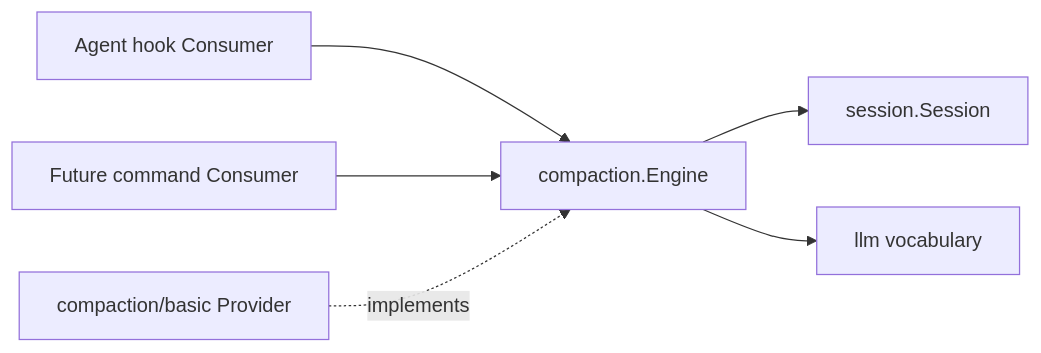
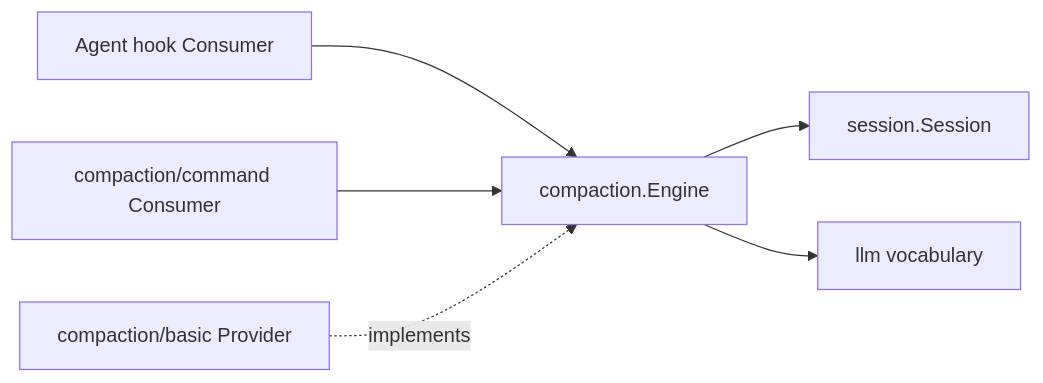
One commit to gorenx/goren changed the first of 2 diagrams in compaction/README.zh-CN.md. Above: the diagram before and after it, drawn with Mermaid. The commit also changed other lines of this file and 19 other files, not shown here.

````diff
--- a/compaction/README.zh-CN.md
+++ b/compaction/README.zh-CN.md
@@ -21,8 +21,8 @@
 ```mermaid
 flowchart LR
     AUTO[Agent hook Consumer] --> ENGINE[compaction.Engine]
-    COMMAND[Future command Consumer] --> ENGINE
+    COMMAND[compaction/command Consumer] --> ENGINE
     BASIC[compaction/basic Provider] -. implements .-> ENGINE
     ENGINE --> SESSION[session.Session]
     ENGINE --> LLM[llm vocabulary]
 ```
````
